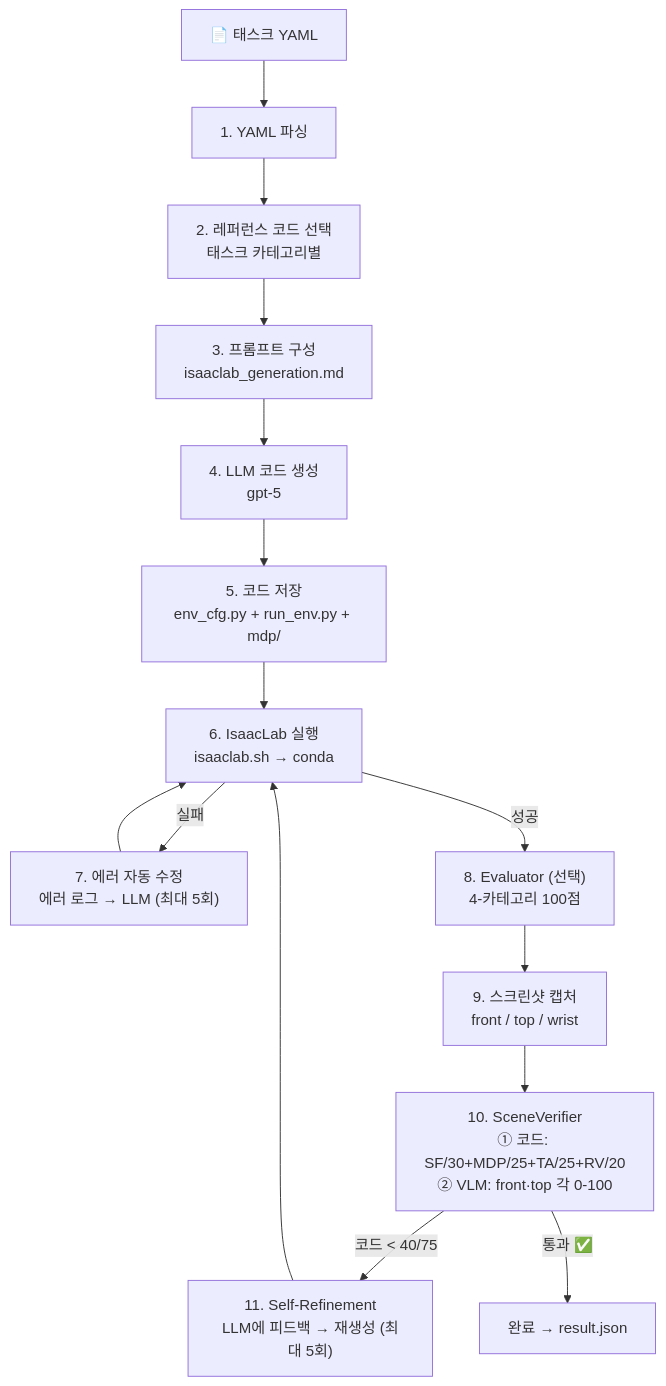
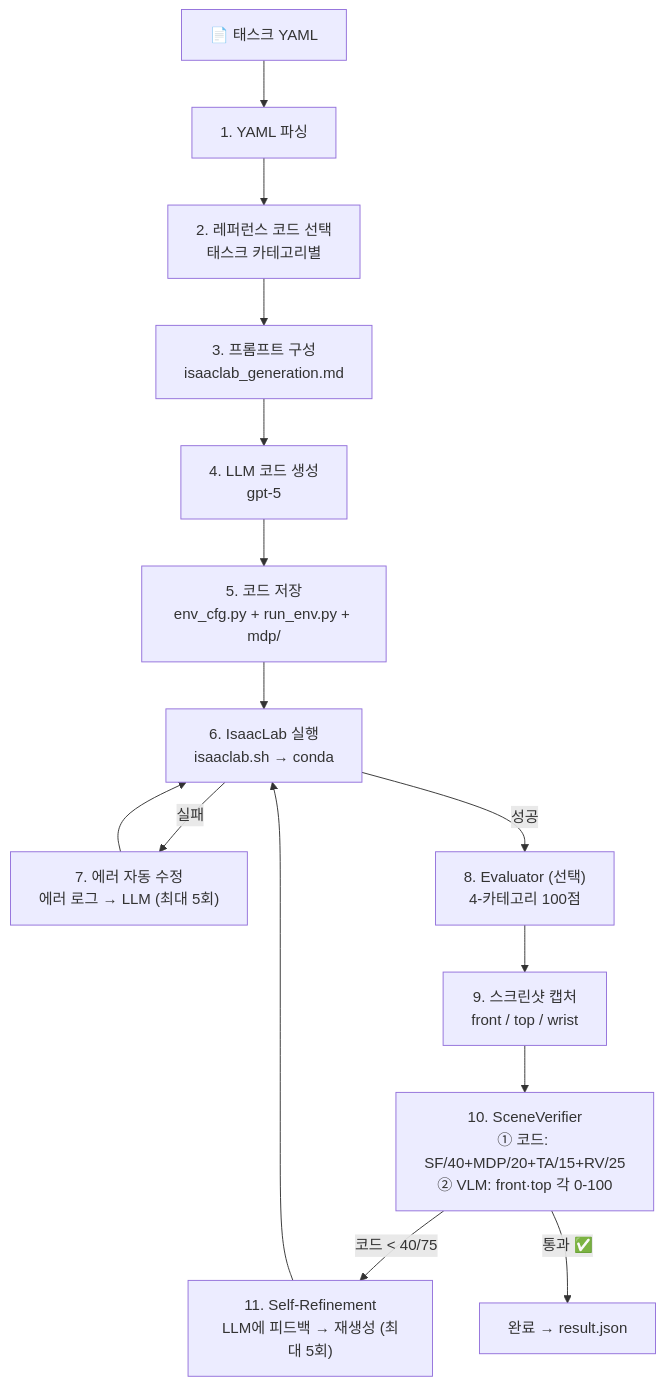
The third of 3 diagrams in docs/ko/architecture.md (SKKU-PRISM/Simulation-Generation-Agent), drawn with Mermaid before and after one commit. The commit also changed 7 other files, not shown here.

````diff
--- a/docs/ko/architecture.md
+++ b/docs/ko/architecture.md
@@ -79,20 +79,20 @@
 ```mermaid
 flowchart TD
     YAML["📄 태스크 YAML"] --> PARSE["1. YAML 파싱"]
     PARSE --> REF["2. 레퍼런스 코드 선택\n태스크 카테고리별"]
     REF --> PROMPT["3. 프롬프트 구성\nisaaclab_generation.md"]
     PROMPT --> GEN["4. LLM 코드 생성\ngpt-5"]
     GEN --> WRITE["5. 코드 저장\nenv_cfg.py + run_env.py + mdp/"]
     WRITE --> EXEC["6. IsaacLab 실행\nisaaclab.sh → conda"]
 
     EXEC -- "실패" --> FIX["7. 에러 자동 수정\n에러 로그 → LLM (최대 5회)"]
     FIX --> EXEC
 
     EXEC -- "성공" --> EVAL["8. Evaluator (선택)\n4-카테고리 100점"]
     EVAL --> CAP["9. 스크린샷 캡처\nfront / top / wrist"]
-    CAP --> VER["10. SceneVerifier\n① 코드: SF/30+MDP/25+TA/25+RV/20\n② VLM: front·top 각 0-100"]
+    CAP --> VER["10. SceneVerifier\n① 코드: SF/40+MDP/20+TA/15+RV/25\n② VLM: front·top 각 0-100"]
 
     VER -- "코드 < 40/75" --> REFINE["11. Self-Refinement\nLLM에 피드백 → 재생성 (최대 5회)"]
     REFINE --> EXEC
     VER -- "통과 ✅" --> DONE["완료 → result.json"]
 ```
````
